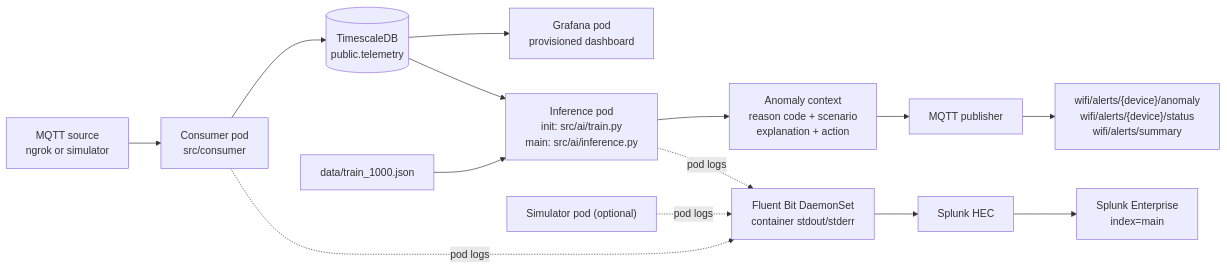
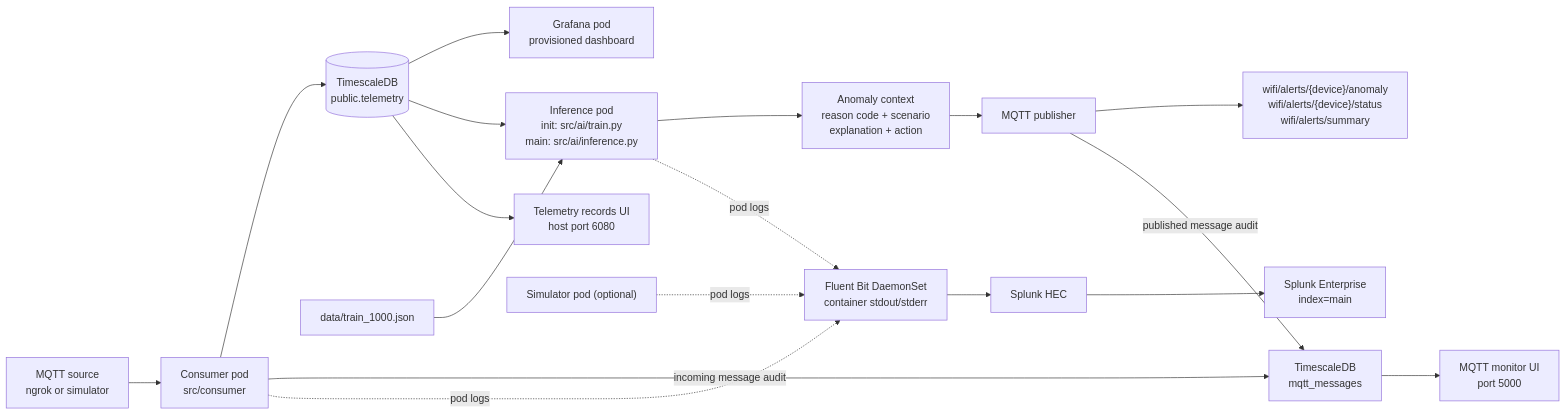
One commit to arnabnexus/devicedatahub-end-to-end changed the first of 2 diagrams in ARCHITECTURE.md. Above: the diagram before and after it, drawn with Mermaid. The commit also changed other lines of this file and 16 other files, not shown here.

````diff
--- a/ARCHITECTURE.md
+++ b/ARCHITECTURE.md
@@ -5,16 +5,20 @@
 ```mermaid
 flowchart LR
     M["MQTT source<br/>ngrok or simulator"] --> C["Consumer pod<br/>src/consumer"]
     C --> T[("TimescaleDB<br/>public.telemetry")]
     T --> G["Grafana pod<br/>provisioned dashboard"]
     T --> I["Inference pod<br/>init: src/ai/train.py<br/>main: src/ai/inference.py"]
     D["data/train_1000.json"] --> I
     I --> A["Anomaly context<br/>reason code + scenario<br/>explanation + action"]
     A --> P["MQTT publisher"]
     P --> M2["wifi/alerts/{device}/anomaly<br/>wifi/alerts/{device}/status<br/>wifi/alerts/summary"]
     LF["Fluent Bit DaemonSet<br/>container stdout/stderr"] --> HEC["Splunk HEC"]
     HEC --> SPL["Splunk Enterprise<br/>index=main"]
+    C -->|incoming message audit| DBM["TimescaleDB<br/>mqtt_messages"]
+    P -->|published message audit| DBM
+    DBM --> MU["MQTT monitor UI<br/>port 5000"]
+    T --> TU["Telemetry records UI<br/>host port 6080"]
     C -. pod logs .-> LF
     I -. pod logs .-> LF
     SIM["Simulator pod (optional)"] -. pod logs .-> LF
 ```
````
